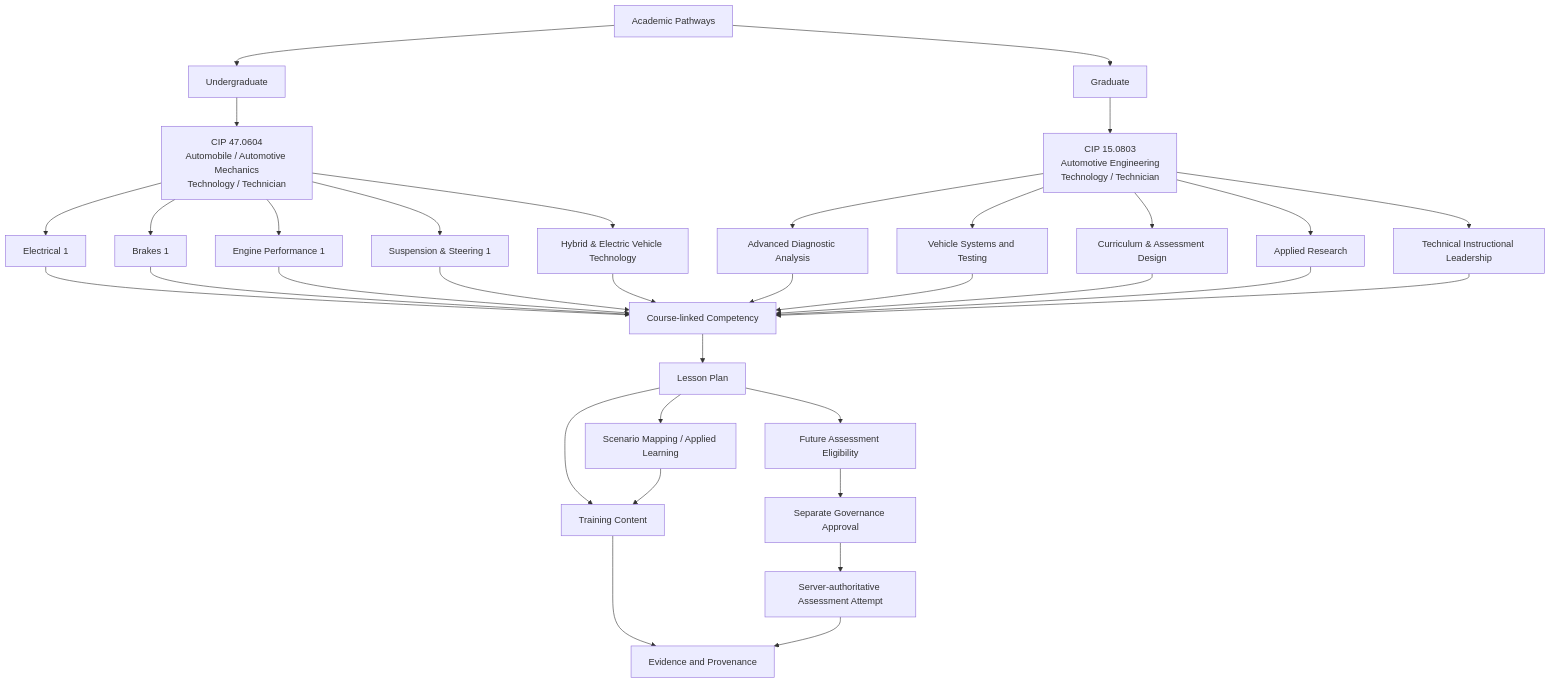
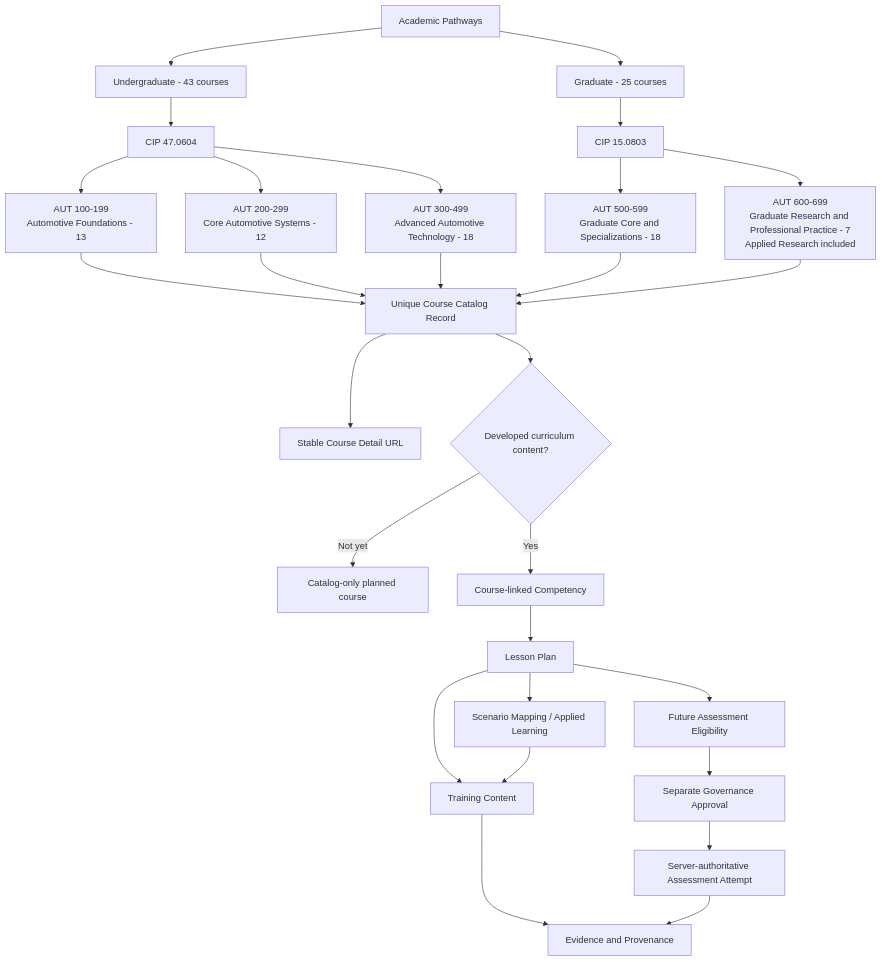
One commit to 73junito/car-diagnosis-simulator changed the diagram in docs/ACADEMIC-PATHWAYS.md. Above: the diagram before and after it, drawn with Mermaid. The commit also changed other lines of this file and 15 other files, not shown here.

Commit message:
feat: add complete automotive course catalog

````diff
--- a/docs/ACADEMIC-PATHWAYS.md
+++ b/docs/ACADEMIC-PATHWAYS.md
@@ -7,41 +7,35 @@
 ```mermaid
 flowchart TD
-  A[Academic Pathways] --> U[Undergraduate]
-  A --> G[Graduate]
+  A[Academic Pathways] --> U[Undergraduate - 43 courses]
+  A --> G[Graduate - 25 courses]
 
-  U --> U47[CIP 47.0604<br/>Automobile / Automotive Mechanics<br/>Technology / Technician]
-  U47 --> UE[Electrical 1]
-  U47 --> UB[Brakes 1]
-  U47 --> UEP[Engine Performance 1]
-  U47 --> USS["Suspension & Steering 1"]
-  U47 --> UHEV["Hybrid & Electric Vehicle Technology"]
+  U --> U47[CIP 47.0604]
+  U47 --> U100[AUT 100-199<br/>Automotive Foundations - 13]
+  U47 --> U200[AUT 200-299<br/>Core Automotive Systems - 12]
+  U47 --> U300[AUT 300-499<br/>Advanced Automotive Technology - 18]
 
-  G --> G15[CIP 15.0803<br/>Automotive Engineering<br/>Technology / Technician]
-  G15 --> GA[Advanced Diagnostic Analysis]
-  G15 --> GT[Vehicle Systems and Testing]
-  G15 --> GC["Curriculum & Assessment Design"]
-  G15 --> GR[Applied Research]
-  G15 --> GL[Technical Instructional Leadership]
+  G --> G15[CIP 15.0803]
+  G15 --> G500[AUT 500-599<br/>Graduate Core and Specializations - 18]
+  G15 --> G600[AUT 600-699<br/>Graduate Research and Professional Practice - 7<br/>Applied Research included]
 
-  UE --> C[Course-linked Competency]
-  UB --> C
-  UEP --> C
-  USS --> C
-  UHEV --> C
-  GA --> C
-  GT --> C
-  GC --> C
-  GR --> C
-  GL --> C
+  U100 --> CAT[Unique Course Catalog Record]
+  U200 --> CAT
+  U300 --> CAT
+  G500 --> CAT
+  G600 --> CAT
 
+  CAT --> URL[Stable Course Detail URL]
+  CAT --> D{Developed curriculum content?}
+  D -->|Not yet| P[Catalog-only planned course]
+  D -->|Yes| C[Course-linked Competency]
   C --> L[Lesson Plan]
   L --> S[Scenario Mapping / Applied Learning]
   L --> T[Training Content]
   S --> T
   T --> E[Evidence and Provenance]
 
   L --> AE[Future Assessment Eligibility]
   AE --> AG[Separate Governance Approval]
   AG --> AA[Server-authoritative Assessment Attempt]
   AA --> E
 ```
````
